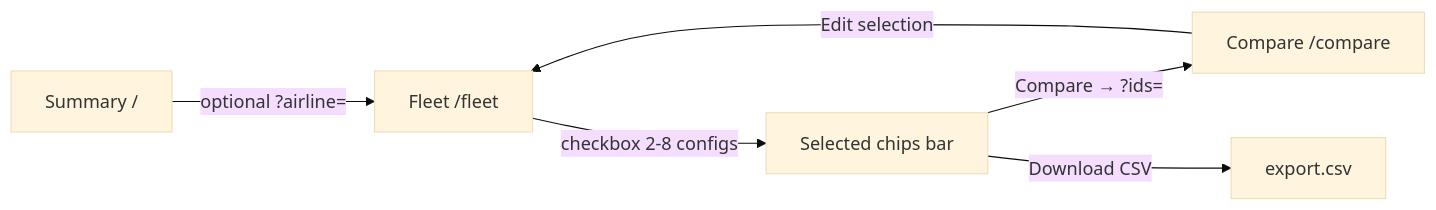
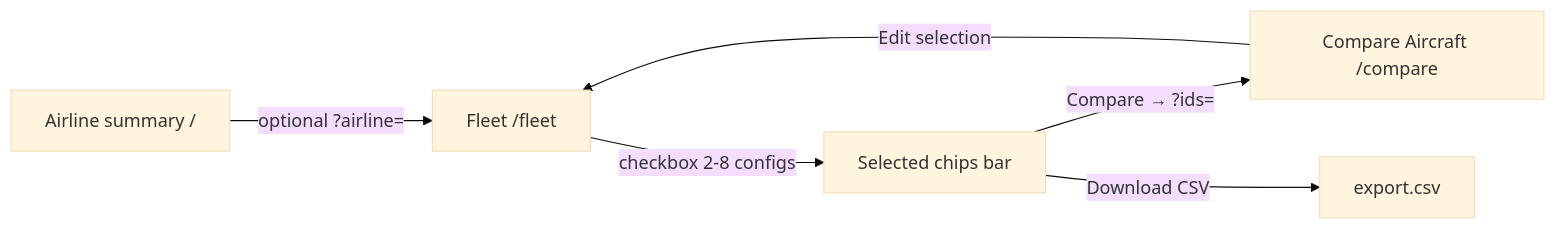
The second of 2 diagrams in docs/architecture.md (ongsterr/airline-benchmarking), drawn with Mermaid (base theme) before and after one commit. The commit also changed other lines of this file, not shown here.

Commit message:
docs: update architecture docs with phase 2 updates

````diff
--- a/docs/architecture.md
+++ b/docs/architecture.md
@@ -300,8 +336,8 @@
 ```mermaid
 flowchart LR
-    Summary["Summary /"] -->|"optional ?airline="| Fleet["Fleet /fleet"]
+    Summary["Airline summary /"] -->|"optional ?airline="| Fleet["Fleet /fleet"]
     Fleet -->|"checkbox 2-8 configs"| ChipsBar["Selected chips bar"]
-    ChipsBar -->|"Compare → ?ids="| Compare["Compare /compare"]
+    ChipsBar -->|"Compare → ?ids="| Compare["Compare Aircraft /compare"]
     ChipsBar -->|"Download CSV"| Export["export.csv"]
     Compare -->|"Edit selection"| Fleet
 ```
````
